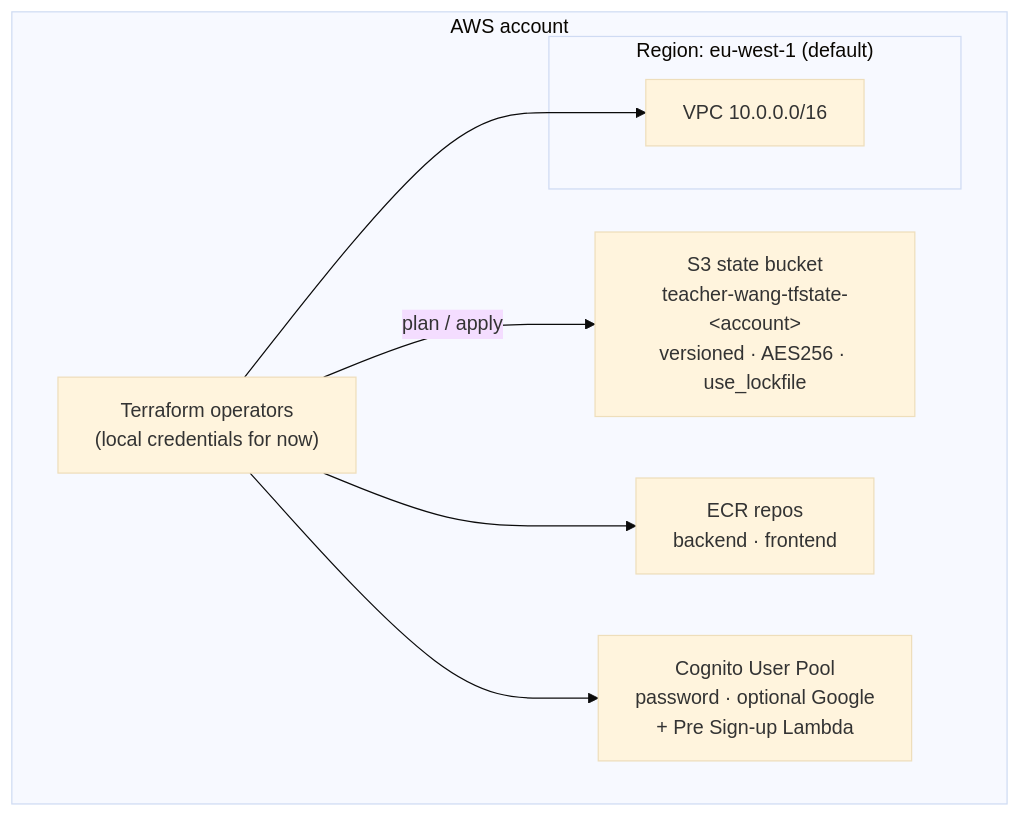
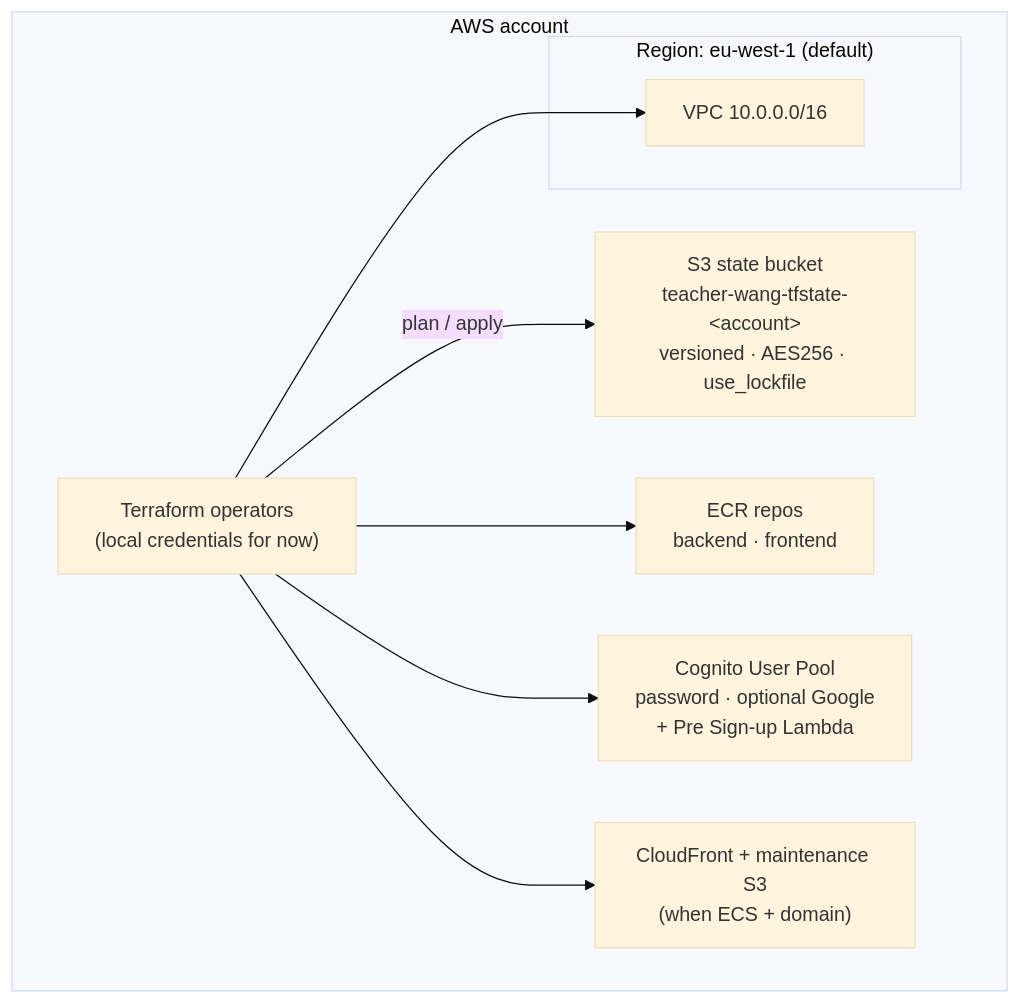
Before and after one commit to mazarsju/teacher-wang-infra: the first of 9 diagrams in docs/architecture.md, drawn with Mermaid (base theme). The commit also changed other lines of this file and 13 other files, not shown here.

````diff
--- a/docs/architecture.md
+++ b/docs/architecture.md
@@ -17,18 +17,20 @@
 ```mermaid
 flowchart TB
   subgraph Account["AWS account"]
     TF["Terraform operators<br/>(local credentials for now)"]
     S3State["S3 state bucket<br/>teacher-wang-tfstate-&lt;account&gt;<br/>versioned · AES256 · use_lockfile"]
     ECR["ECR repos<br/>backend · frontend"]
     Cognito["Cognito User Pool<br/>password · optional Google<br/>+ Pre Sign-up Lambda"]
+    CF["CloudFront + maintenance S3<br/>(when ECS + domain)"]
 
     subgraph Region["Region: eu-west-1 (default)"]
       VPC["VPC 10.0.0.0/16"]
     end
   end
 
   TF -->|plan / apply| S3State
   TF --> VPC
   TF --> ECR
   TF --> Cognito
+  TF --> CF
 ```
````
